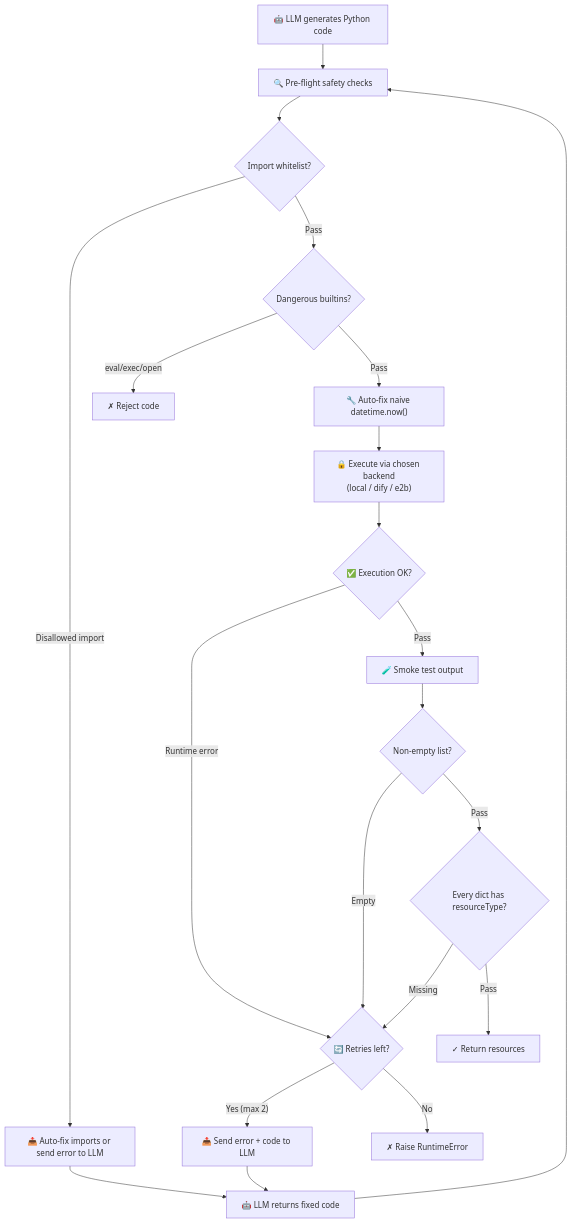
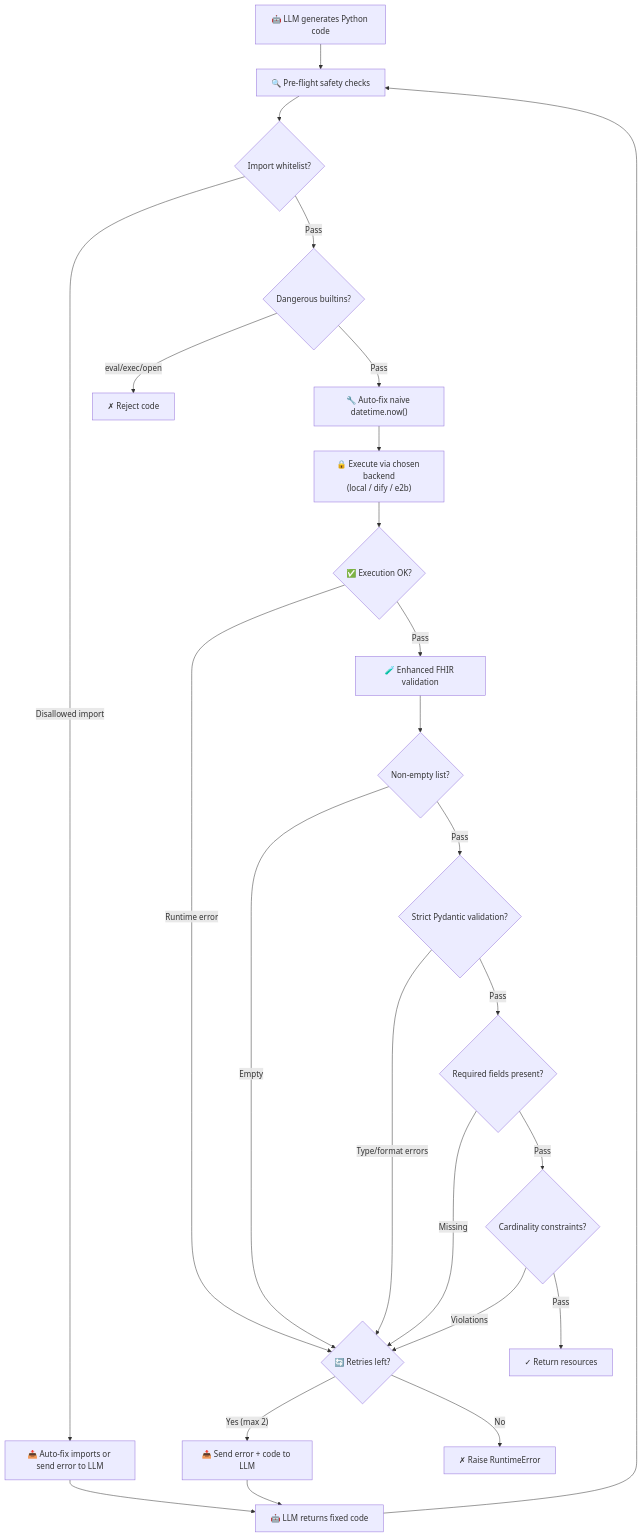
The third of 3 diagrams in docs/architecture.md (alvinhenrick/fhir-synth), drawn with Mermaid before and after one commit. The commit also changed other lines of this file and 1 other file, not shown here.

Commit message:
feat: enhance FHIR validation with strict mode, required fields, and cardinality checks

````diff
--- a/docs/architecture.md
+++ b/docs/architecture.md
@@ -128,25 +128,29 @@
 ```mermaid
 flowchart TD
     A["🤖 LLM generates Python code"] --> B["🔍 Pre-flight safety checks"]
     B --> B1{"Import whitelist?"}
     B1 -->|"Disallowed import"| FIX["📤 Auto-fix imports or send error to LLM"]
     B1 -->|Pass| B2{"Dangerous builtins?"}
     B2 -->|"eval/exec/open"| REJECT["✗ Reject code"]
     B2 -->|Pass| B3["🔧 Auto-fix naive datetime.now()"]
     B3 --> C["🔒 Execute via chosen backend<br/>(local / dify / e2b)"]
     C --> D{"✅ Execution OK?"}
     D -->|"Runtime error"| RETRY
-    D -->|Pass| E["🧪 Smoke test output"]
+    D -->|Pass| E["🧪 Enhanced FHIR validation"]
     E --> E1{"Non-empty list?"}
     E1 -->|Empty| RETRY
-    E1 -->|Pass| E2{"Every dict has resourceType?"}
-    E2 -->|Missing| RETRY
-    E2 -->|Pass| F["✓ Return resources"]
+    E1 -->|Pass| E2{"Strict Pydantic validation?"}
+    E2 -->|Type/format errors| RETRY
+    E2 -->|Pass| E3{"Required fields present?"}
+    E3 -->|Missing| RETRY
+    E3 -->|Pass| E4{"Cardinality constraints?"}
+    E4 -->|Violations| RETRY
+    E4 -->|Pass| F["✓ Return resources"]
 
     RETRY{"🔄 Retries left?"}
     RETRY -->|"Yes (max 2)"| FIX2["📤 Send error + code to LLM"]
     RETRY -->|No| H["✗ Raise RuntimeError"]
     FIX2 --> G["🤖 LLM returns fixed code"]
     FIX --> G
     G --> B
 ```
````
